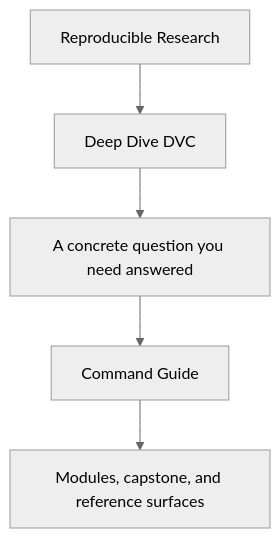
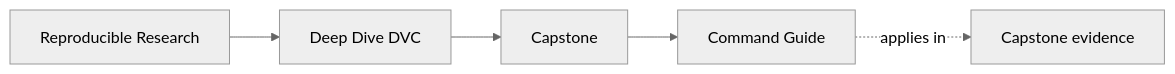
The first of 2 diagrams in programs/reproducible-research/deep-dive-dvc/course-book/capstone/command-guide.md (bijux/bijux-masterclass), drawn with Mermaid (neutral theme) before and after one commit. The commit also changed other lines of this file and 90 other files, not shown here.

Commit message:
docs(deep-dive-dvc): map publication and recovery review surfaces

````diff
--- a/programs/reproducible-research/deep-dive-dvc/course-book/capstone/command-guide.md
+++ b/programs/reproducible-research/deep-dive-dvc/course-book/capstone/command-guide.md
@@ -6,7 +6,11 @@
 ```mermaid
-flowchart TD
-  family["Reproducible Research"] --> program["Deep Dive DVC"]
-  program --> pressure["A concrete question you need answered"]
-  pressure --> guide["Command Guide"]
-  guide --> next["Modules, capstone, and reference surfaces"]
+graph LR
+  family["Reproducible Research"]
+  program["Deep Dive DVC"]
+  section["Capstone"]
+  page["Command Guide"]
+  capstone["Capstone evidence"]
+
+  family --> program --> section --> page
+  page -.applies in.-> capstone
 ```
````
